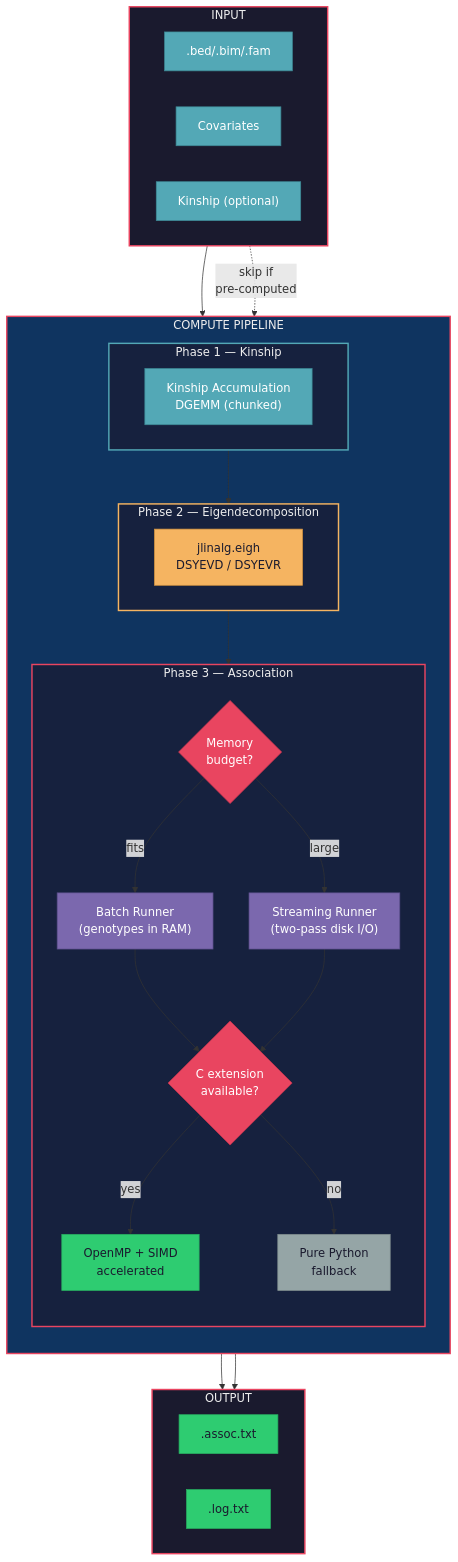
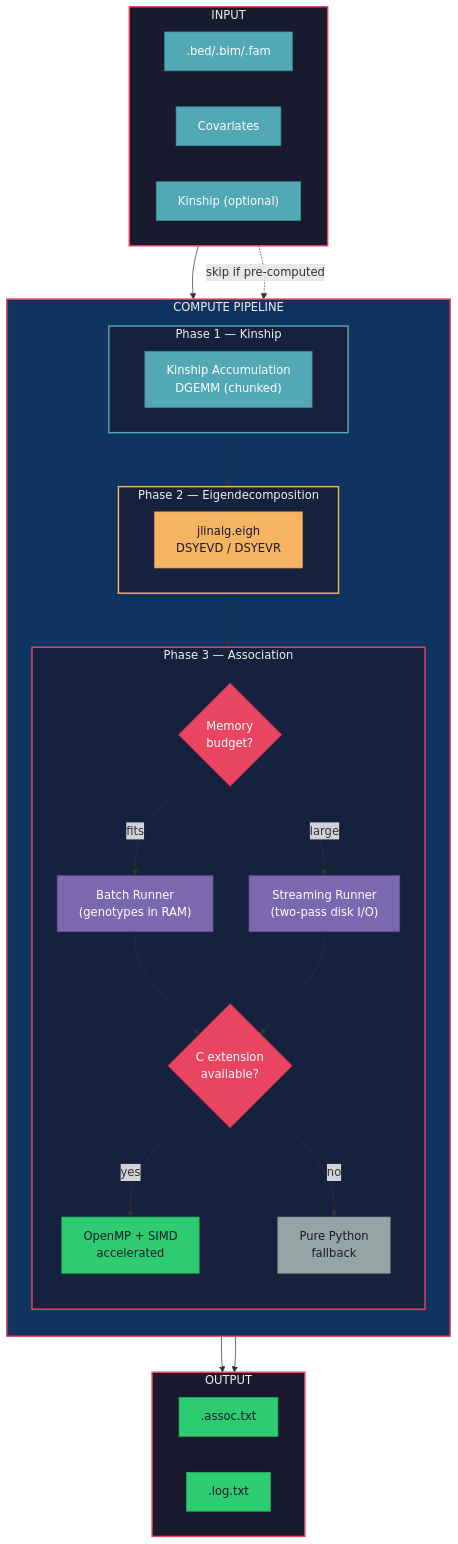
The first of 3 diagrams in docs/USER_GUIDE.md (michael-denyer/jamma), drawn with Mermaid before and after one commit. The commit also changed other lines of this file and 27 other files, not shown here.

First line of the commit message:
chore: expand lint/CI coverage — markdown, spell, mermaid, symlinks, osv cron

````diff
--- a/docs/USER_GUIDE.md
+++ b/docs/USER_GUIDE.md
@@ -82,73 +82,73 @@
 ```mermaid
 flowchart TD
     subgraph INPUT["INPUT"]
         direction LR
         BED[".bed/.bim/.fam"]
         COV["Covariates"]
         KIN_IN["Kinship (optional)"]
     end
 
     subgraph COMPUTE["COMPUTE PIPELINE"]
         direction TB
 
         subgraph PHASE1["Phase 1 — Kinship"]
             GK["Kinship Accumulation\nDGEMM (chunked)"]
         end
 
         subgraph PHASE2["Phase 2 — Eigendecomposition"]
             EIG["jlinalg.eigh\nDSYEVD / DSYEVR"]
         end
 
         subgraph PHASE3["Phase 3 — Association"]
             direction TB
             MEM{"Memory\nbudget?"}
             BATCH["Batch Runner\n(genotypes in RAM)"]
             STREAM["Streaming Runner\n(two-pass disk I/O)"]
             CEXT{"C extension\navailable?"}
             OMP["OpenMP + SIMD\naccelerated"]
             PYFALL["Pure Python\nfallback"]
         end
     end
 
     subgraph OUTPUT["OUTPUT"]
         ASSOC[".assoc.txt"]
         LOG[".log.txt"]
     end
 
     INPUT --> PHASE1
-    KIN_IN -.->|"skip if\npre-computed"| PHASE2
+    KIN_IN -.->|skip if pre-computed| PHASE2
     PHASE1 --> PHASE2
     PHASE2 --> PHASE3
-    MEM -->|"fits"| BATCH
-    MEM -->|"large"| STREAM
+    MEM -->|fits| BATCH
+    MEM -->|large| STREAM
     BATCH --> CEXT
     STREAM --> CEXT
-    CEXT -->|"yes"| OMP
-    CEXT -->|"no"| PYFALL
+    CEXT -->|yes| OMP
+    CEXT -->|no| PYFALL
     OMP --> OUTPUT
     PYFALL --> OUTPUT
 
     style INPUT fill:#1a1a2e,stroke:#e94560,color:#eee,stroke-width:2px
     style COMPUTE fill:#0f3460,stroke:#e94560,color:#eee,stroke-width:2px
     style OUTPUT fill:#1a1a2e,stroke:#e94560,color:#eee,stroke-width:2px
 
     style PHASE1 fill:#16213e,stroke:#53a8b6,color:#eee,stroke-width:2px
     style PHASE2 fill:#16213e,stroke:#f5b461,color:#eee,stroke-width:2px
     style PHASE3 fill:#16213e,stroke:#e94560,color:#eee,stroke-width:2px
 
     style BED fill:#53a8b6,stroke:#3d8a96,color:#fff
     style COV fill:#53a8b6,stroke:#3d8a96,color:#fff
     style KIN_IN fill:#53a8b6,stroke:#3d8a96,color:#fff
 
     style GK fill:#53a8b6,stroke:#3d8a96,color:#fff
     style EIG fill:#f5b461,stroke:#d4943f,color:#1a1a2e
     style MEM fill:#e94560,stroke:#c73550,color:#fff
     style BATCH fill:#7b68ae,stroke:#5a4d8a,color:#fff
     style STREAM fill:#7b68ae,stroke:#5a4d8a,color:#fff
     style CEXT fill:#e94560,stroke:#c73550,color:#fff
     style OMP fill:#2ecc71,stroke:#27ae60,color:#1a1a2e
     style PYFALL fill:#95a5a6,stroke:#7f8c8d,color:#1a1a2e
 
     style ASSOC fill:#2ecc71,stroke:#27ae60,color:#1a1a2e
     style LOG fill:#2ecc71,stroke:#27ae60,color:#1a1a2e
 ```
````
